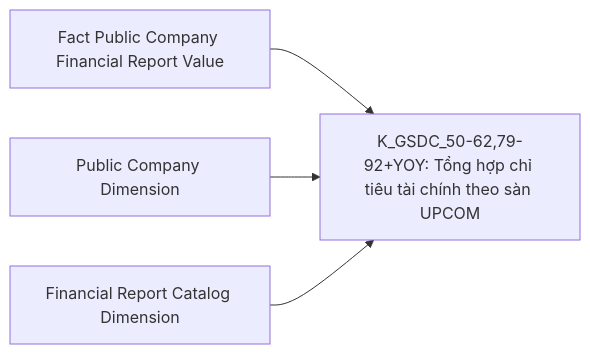
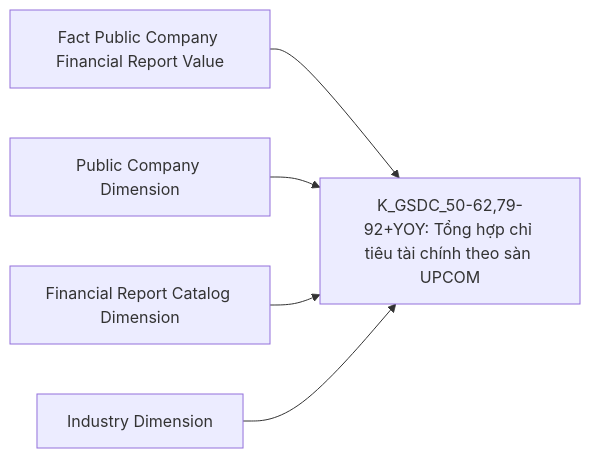
One commit to linhlvit/ubck_atomic_design changed diagram 33 of 56 in Datamart/hld/DTM_GSDC_HLD.md. Above: the diagram before and after it, drawn with Mermaid. The commit also changed other lines of this file and 10 other files, not shown here.

````diff
--- a/Datamart/hld/DTM_GSDC_HLD.md
+++ b/Datamart/hld/DTM_GSDC_HLD.md
@@ -1536,6 +1577,7 @@
 ```mermaid
 flowchart LR
     fct_pc_fr_val_g15["Fact Public Company Financial Report Value"] --> R15["K_GSDC_50-62,79-92+YOY: Tổng hợp chỉ tiêu tài chính theo sàn UPCOM"]
     public_company_dim_g15["Public Company Dimension"] --> R15
     financial_rpt_catalog_dim_g15["Financial Report Catalog Dimension"] --> R15
+    industry_dim_g15["Industry Dimension"] --> R15
 ```
````
